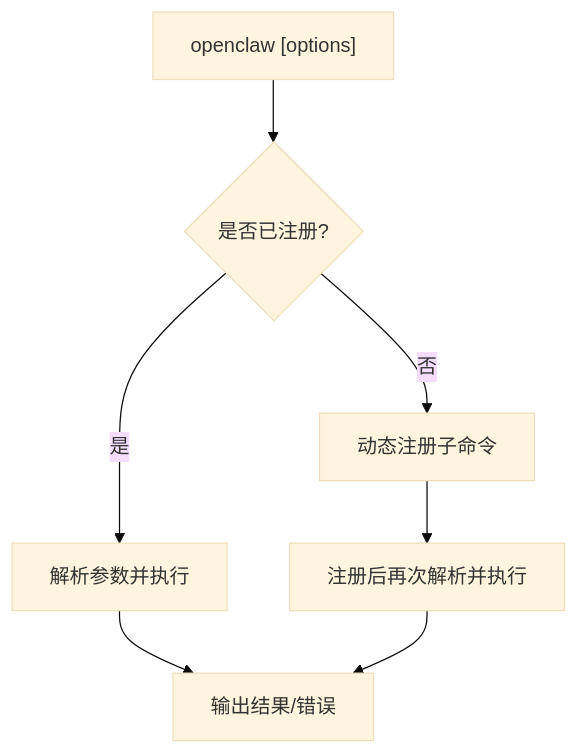
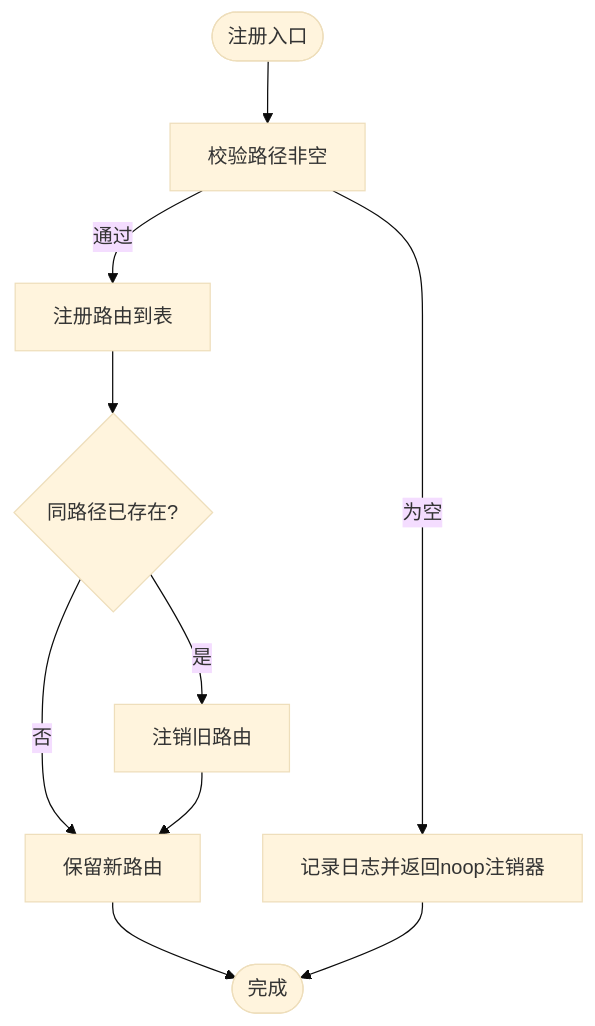
The fifth of 8 diagrams in .qoder/repowiki/zh/content/API参考/API参考.md (HACK-WU/openclaw), drawn with Mermaid (base theme) before and after one commit. The commit also changed other lines of this file and 549 other files, not shown here.

````diff
--- a/.qoder/repowiki/zh/content/API参考/API参考.md
+++ b/.qoder/repowiki/zh/content/API参考/API参考.md
@@ -347,9 +284,12 @@
 ```mermaid
 flowchart TD
-A["openclaw <command> [options]"] --> B{"是否已注册?"}
-B --> |否| C["动态注册子命令"]
-B --> |是| D["解析参数并执行"]
-C --> E["注册后再次解析并执行"]
-D --> F["输出结果/错误"]
-E --> F
+Start(["注册入口"]) --> CheckPath["校验路径非空"]
+CheckPath --> |通过| Register["注册路由到表"]
+CheckPath --> |为空| LogWarn["记录日志并返回noop注销器"]
+Register --> Replace{"同路径已存在?"}
+Replace --> |是| UnregisterOld["注销旧路由"]
+Replace --> |否| KeepNew["保留新路由"]
+UnregisterOld --> KeepNew
+KeepNew --> End(["完成"])
+LogWarn --> End
 ```
````
